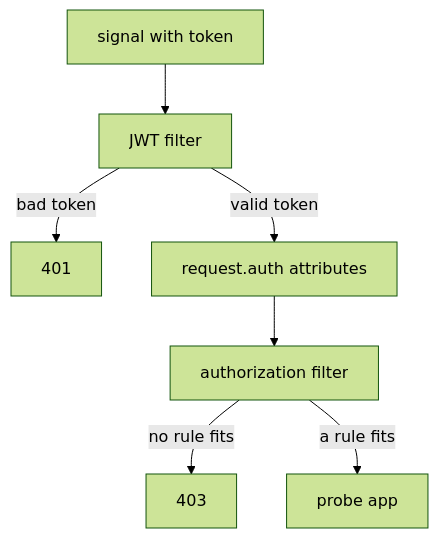
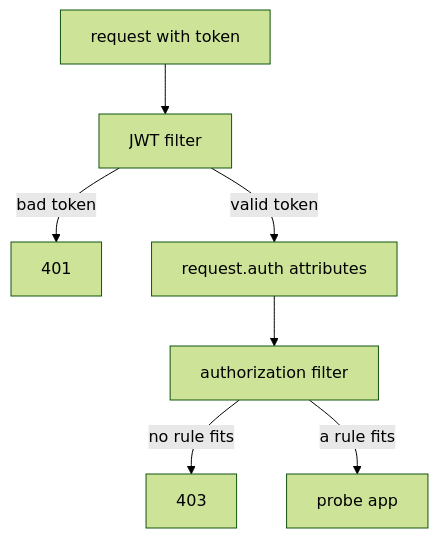
One commit to astrona-io/ATS015 changed the diagram in sections/section-030/module-02/course-01-read-what-the-token-says.md. Above: the diagram before and after it, drawn with Mermaid (forest theme). The commit also changed other lines of this file and 23 other files, not shown here.

````diff
--- a/sections/section-030/module-02/course-01-read-what-the-token-says.md
+++ b/sections/section-030/module-02/course-01-read-what-the-token-says.md
@@ -14,9 +14,9 @@
 ```mermaid
 flowchart TB
-    S["signal with token"] --> J["JWT filter"]
+    S["request with token"] --> J["JWT filter"]
     J -->|"bad token"| E["401"]
     J -->|"valid token"| A["request.auth attributes"]
     A --> R["authorization filter"]
     R -->|"no rule fits"| F["403"]
     R -->|"a rule fits"| P["probe app"]
 ```
````
